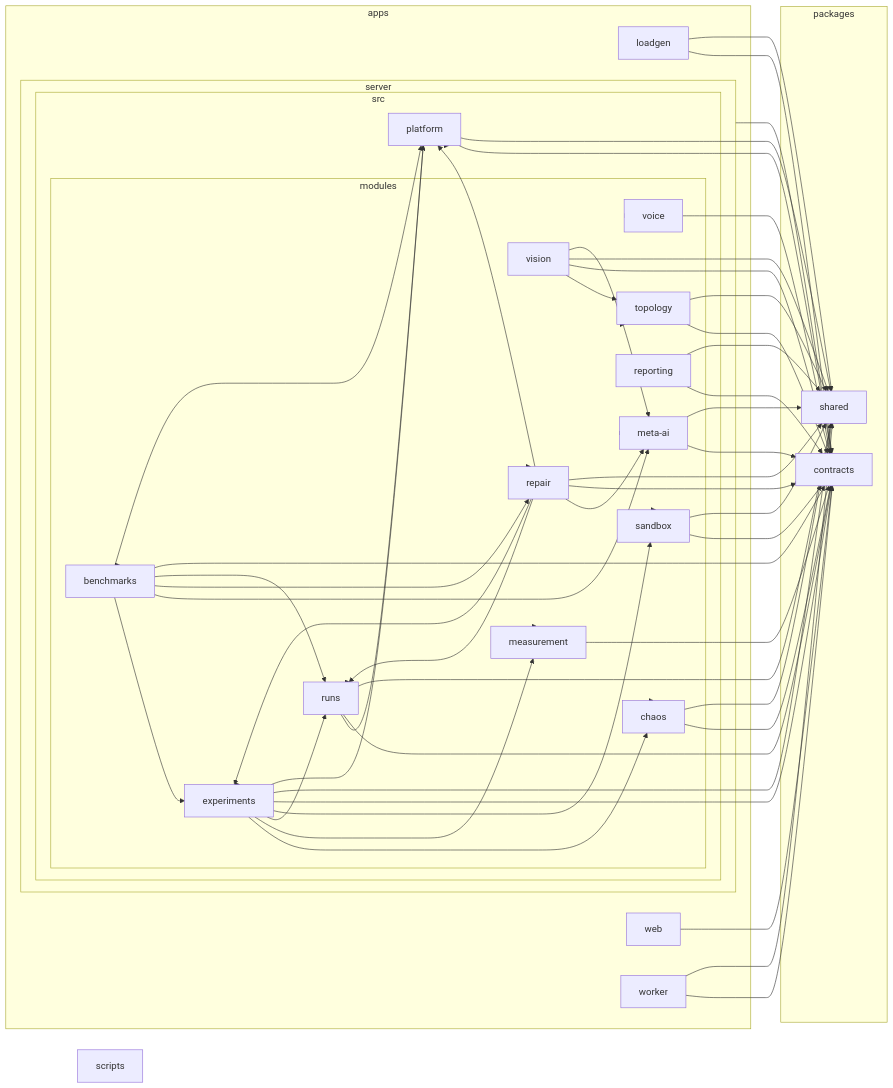
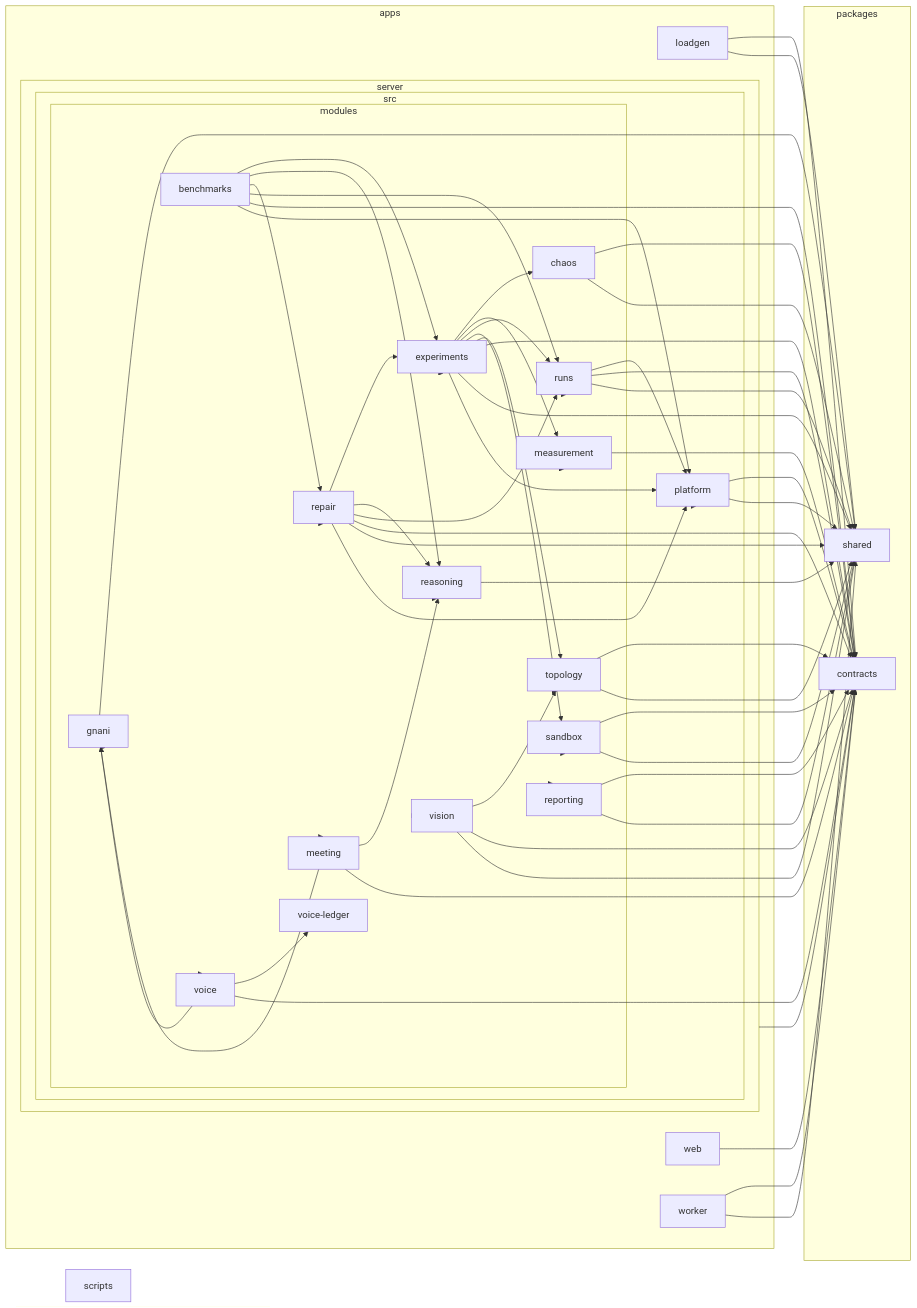
Before and after one commit to Jagdish-Padhi/EchmaMeet: the diagram in docs/architecture.md, drawn with Mermaid. The commit also changed 17 other files, not shown here.

Commit message:
docs: update system documentation, architecture decisions, and smoke test suites

````diff
--- a/docs/architecture.md
+++ b/docs/architecture.md
@@ -66,29 +66,32 @@
 5["benchmarks"]
 6["chaos"]
 7["experiments"]
-8["measurement"]
-9["meta-ai"]
-A["repair"]
-B["reporting"]
-C["runs"]
-D["sandbox"]
-E["topology"]
-F["vision"]
-G["voice"]
+8["gnani"]
+9["measurement"]
+A["meeting"]
+B["reasoning"]
+C["repair"]
+D["reporting"]
+E["runs"]
+F["sandbox"]
+G["topology"]
+H["vision"]
+I["voice"]
+J["voice-ledger"]
 end
-H["platform"]
+K["platform"]
 end
 end
-I["web"]
-J["worker"]
+L["web"]
+M["worker"]
 end
-subgraph K["packages"]
-L["contracts"]
-M["shared"]
+subgraph N["packages"]
+O["contracts"]
+P["shared"]
 end
-N["scripts"]
-1-->L
-1-->M
+Q["scripts"]
+1-->O
+1-->P
 2-->5
 2-->6
 2-->7
@@ -97,53 +100,61 @@
 2-->A
 2-->B
 2-->C
+2-->D
 2-->E
-2-->F
 2-->G
 2-->H
-2-->L
-2-->D
+2-->I
+2-->J
+2-->K
+2-->O
+2-->F
 5-->7
-5-->9
-5-->A
+5-->B
 5-->C
-5-->L
-5-->H
-6-->L
-6-->M
+5-->E
+5-->O
+5-->K
+6-->O
+6-->P
 7-->6
-7-->8
-7-->C
-7-->D
-7-->L
-7-->M
-7-->H
-8-->L
-9-->L
-9-->M
-A-->7
-A-->9
-A-->C
-A-->L
-A-->M
-A-->H
-B-->L
-B-->M
-C-->H
-C-->L
-C-->M
-D-->L
-D-->M
-E-->L
-E-->M
-F-->E
-F-->L
-F-->M
-F-->9
-G-->L
-H-->L
-H-->M
-I-->L
-J-->L
-J-->M
+7-->9
+7-->E
+7-->F
+7-->G
+7-->O
+7-->P
+7-->K
+8-->P
+9-->O
+A-->B
+A-->O
+A-->8
+B-->P
+C-->7
+C-->B
+C-->E
+C-->O
+C-->P
+C-->K
+D-->O
+D-->P
+E-->K
+E-->O
+E-->P
+F-->O
+F-->P
+G-->O
+G-->P
+H-->G
+H-->O
+H-->P
+I-->8
+I-->J
+I-->O
+K-->O
+K-->P
+L-->O
+M-->O
+M-->P
 ```
````
